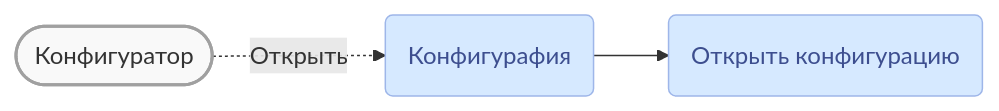
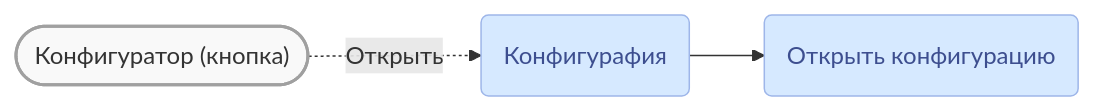
Before and after one commit to lugovoe/manual: the second of 3 diagrams in faq/crash/main-white-window.md, drawn with Mermaid. The commit also changed other lines of this file, not shown here.

````diff
--- a/faq/crash/main-white-window.md
+++ b/faq/crash/main-white-window.md
@@ -42,11 +42,11 @@
 ``` mermaid
 flowchart LR
-  b1([Конфигуратор]);
+  b1(["Конфигуратор (кнопка)"]);
   b1 -. Открыть .-> m1(Конфигурафия);
   m1 --> m2(Открыть конфигурацию);
   classDef default fill:#facc1f,stroke:#a0a0a0,stroke-width:1px;
   classDef button fill:#f9f9f9,stroke-width:2px;
   classDef confmenu fill:#d6e9ff,stroke:#9eb6e9,color:#3d4e8f;
   class b1 button;
   class m1,m2 confmenu;
 ```
````
